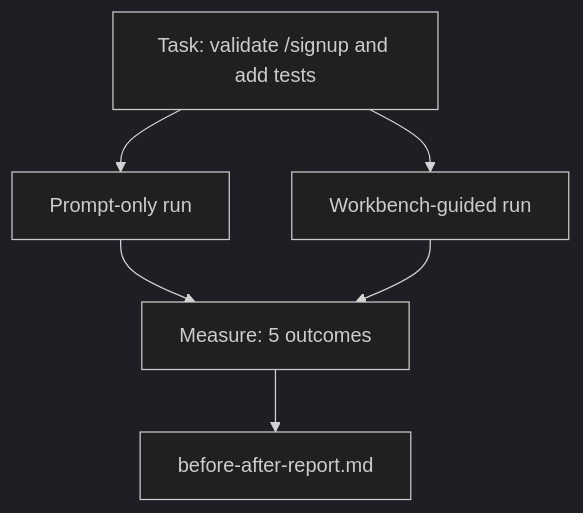
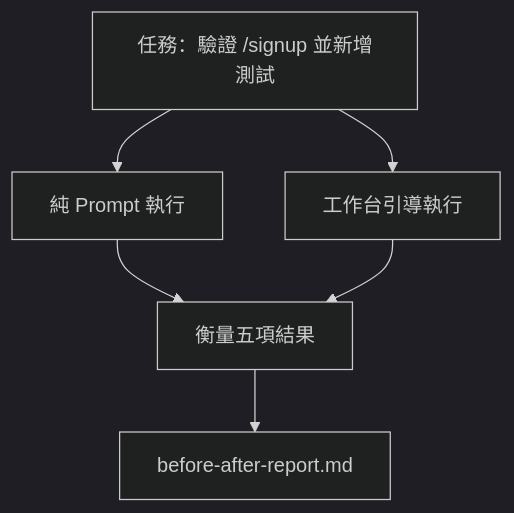
The diagram in i18n/zh-TW/phases/14-agent-engineering/41-workbench-for-real-repos/docs/zh-TW.md (edward821220/ai-engineering-from-scratch), drawn with Mermaid (dark theme) before and after one commit. The commit also changed other lines of this file and 46 other files, not shown here.

````diff
--- a/i18n/zh-TW/phases/14-agent-engineering/41-workbench-for-real-repos/docs/zh-TW.md
+++ b/i18n/zh-TW/phases/14-agent-engineering/41-workbench-for-real-repos/docs/zh-TW.md
@@ -25,8 +25,8 @@
 ```mermaid
 flowchart TD
-  Task[Task: validate /signup and add tests] --> A[Prompt-only run]
-  Task --> B[Workbench-guided run]
-  A --> M[Measure: 5 outcomes]
+  Task[任務：驗證 /signup 並新增測試] --> A[純 Prompt 執行]
+  Task --> B[工作台引導執行]
+  A --> M[衡量五項結果]
   B --> M
   M --> Report[before-after-report.md]
 ```
````
